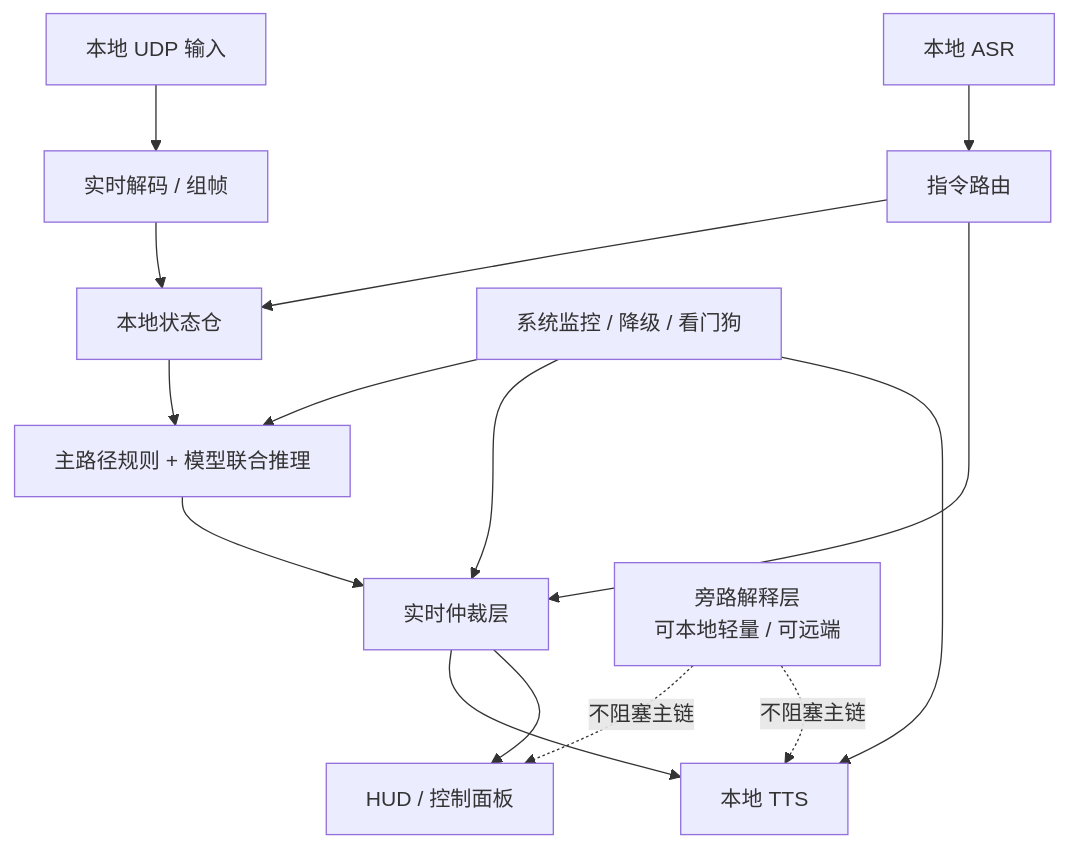
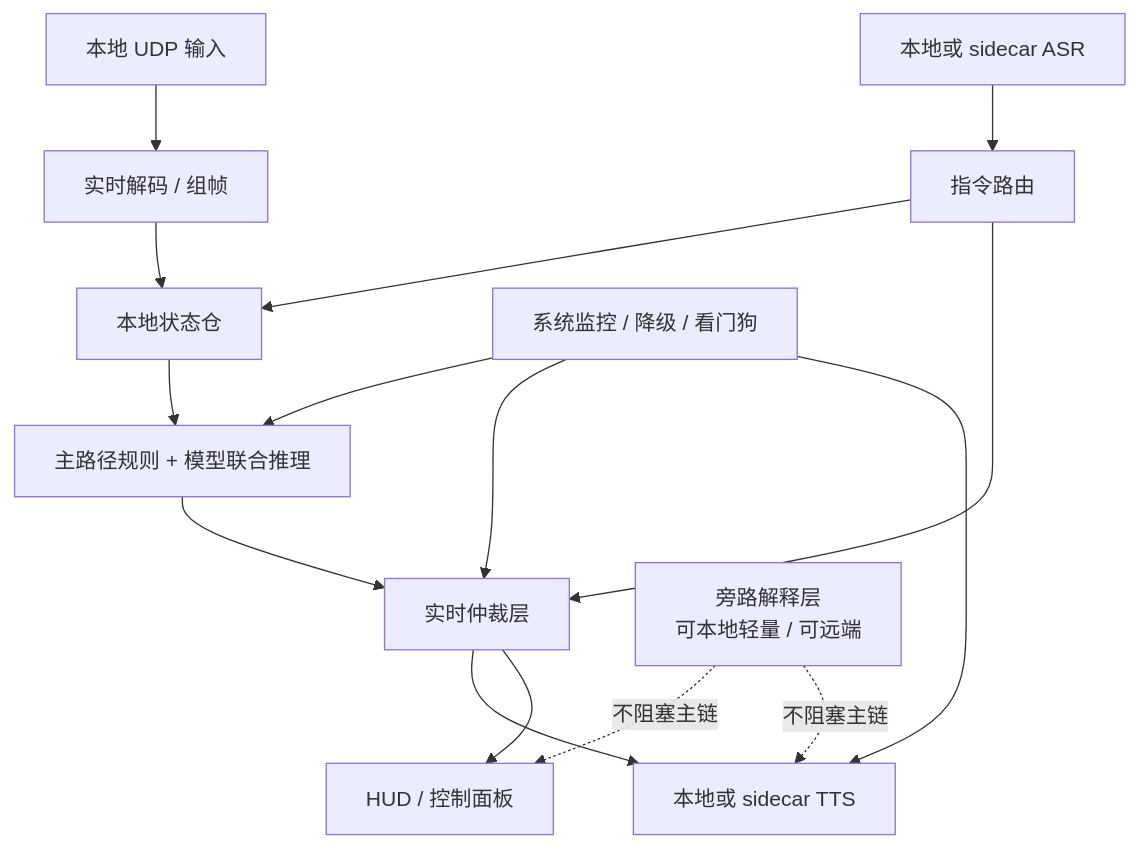
One commit to Sn55555/Asurada changed the third of 4 diagrams in asurada-core/REALTIME_VOICE_AND_MODEL_ARCHITECTURE_CN.md. Above: the diagram before and after it, drawn with Mermaid. The commit also changed other lines of this file and 5 other files, not shown here.

Commit message:
Refresh stage-three progress and architecture docs

````diff
--- a/asurada-core/REALTIME_VOICE_AND_MODEL_ARCHITECTURE_CN.md
+++ b/asurada-core/REALTIME_VOICE_AND_MODEL_ARCHITECTURE_CN.md
@@ -213,21 +215,21 @@
 ```mermaid
 flowchart TD
     A["本地 UDP 输入"] --> B["实时解码 / 组帧"]
     B --> C["本地状态仓"]
 
     C --> D["主路径规则 + 模型联合推理"]
     D --> E["实时仲裁层"]
-    E --> F["本地 TTS"]
+    E --> F["本地或 sidecar TTS"]
     E --> G["HUD / 控制面板"]
 
-    H["本地 ASR"] --> I["指令路由"]
+    H["本地或 sidecar ASR"] --> I["指令路由"]
     I --> C
     I --> E
 
     J["旁路解释层\n可本地轻量 / 可远端"] -.不阻塞主链.-> G
     J -.不阻塞主链.-> F
 
     K["系统监控 / 降级 / 看门狗"] --> D
     K --> E
     K --> F
 ```
````
